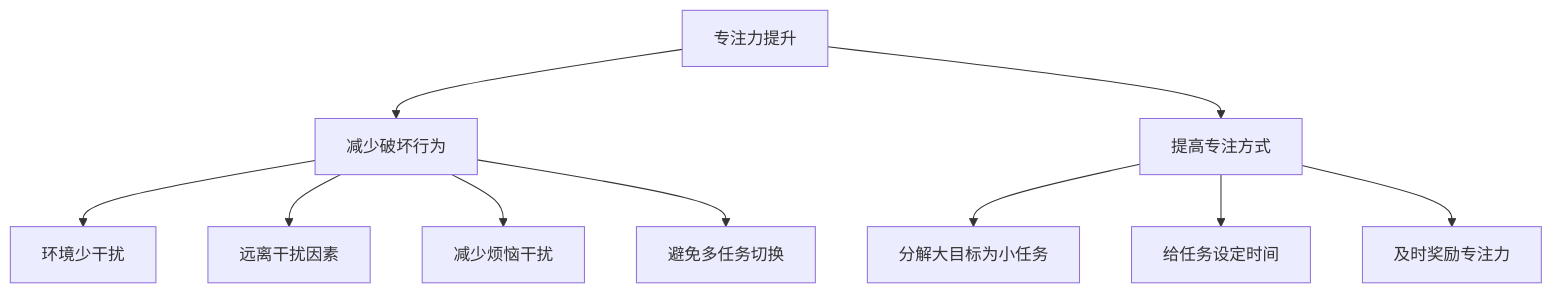
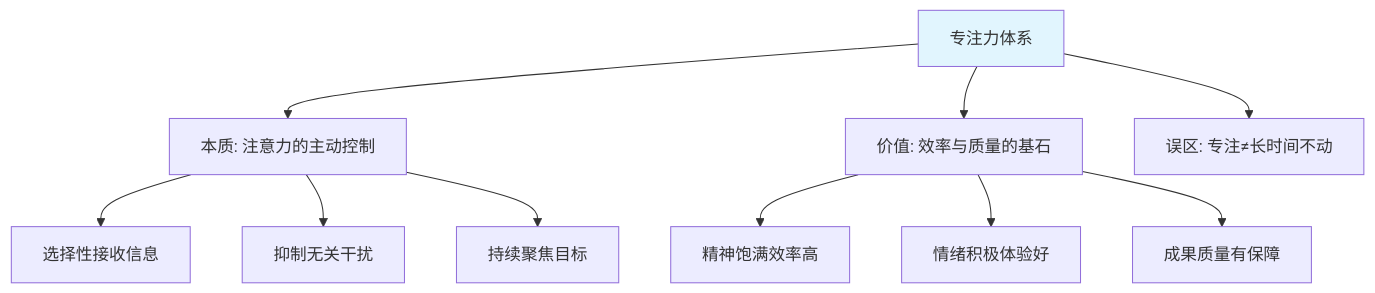
One commit to chongyang211/YCBookBlog changed the first of 10 diagrams in 10.自我进阶提升书/07.底层思维的训练/7.1专注能力的提升.md. Above: the diagram before and after it, drawn with Mermaid. The commit also changed other lines of this file and 6 other files, not shown here.

````diff
--- a/10.自我进阶提升书/07.底层思维的训练/7.1专注能力的提升.md
+++ b/10.自我进阶提升书/07.底层思维的训练/7.1专注能力的提升.md
@@ -15,12 +18,13 @@
 ```mermaid
 graph TD
-    A[专注力提升] --> B[减少破坏行为]
-    A --> C[提高专注方式]
-    B --> B1[环境少干扰]
-    B --> B2[远离干扰因素]
-    B --> B3[减少烦恼干扰]
-    B --> B4[避免多任务切换]
-    C --> C1[分解大目标为小任务]
-    C --> C2[给任务设定时间]
-    C --> C3[及时奖励专注力]
+    A[专注力体系] --> B[本质: 注意力的主动控制]
+    A --> C[价值: 效率与质量的基石]
+    A --> D[误区: 专注≠长时间不动]
+    B --> B1[选择性接收信息]
+    B --> B2[抑制无关干扰]
+    B --> B3[持续聚焦目标]
+    C --> C1[精神饱满效率高]
+    C --> C2[情绪积极体验好]
+    C --> C3[成果质量有保障]
+    style A fill:#e1f5fe
 ```
````
